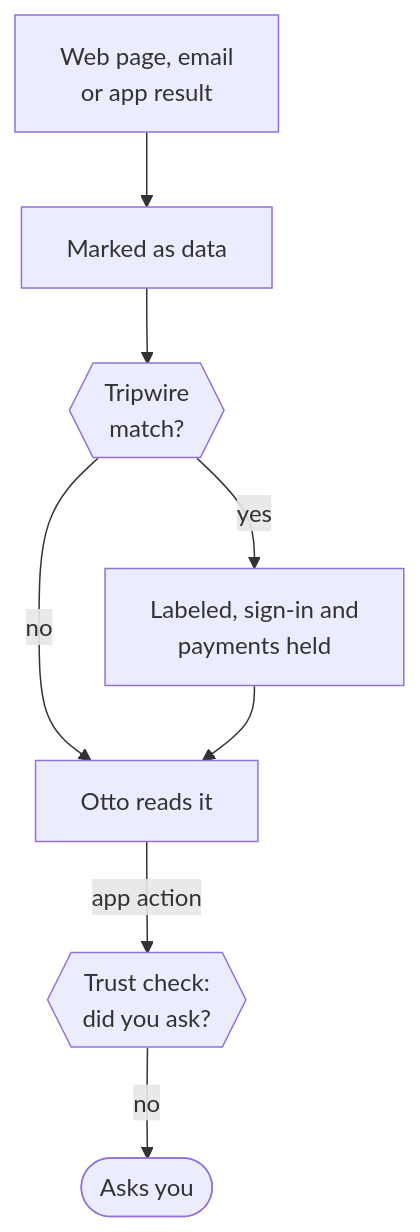
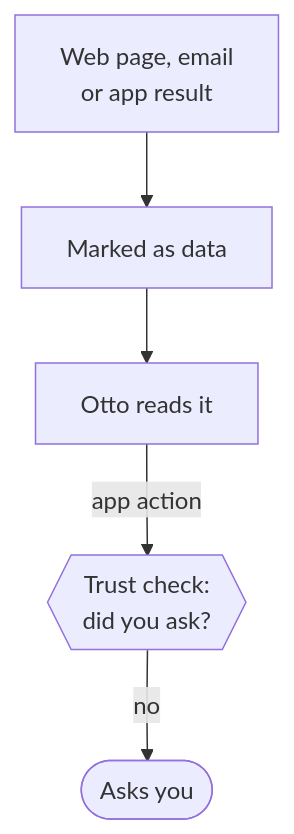
One commit to KrishBhimani/nod changed the diagram in docs/src/content/docs/trust/untrusted-content.md. Above: the diagram before and after it, drawn with Mermaid. The commit also changed other lines of this file and 107 other files, not shown here.

````diff
--- a/docs/src/content/docs/trust/untrusted-content.md
+++ b/docs/src/content/docs/trust/untrusted-content.md
@@ -41,10 +22,7 @@
 ```mermaid
 flowchart TD
   source[Web page, email<br/>or app result] --> wrap[Marked as data]
-  wrap --> trip{{Tripwire<br/>match?}}
-  trip -- no --> model[Otto reads it]
-  trip -- yes --> flag[Labeled, sign-in and<br/>payments held]:::stop
-  flag --> model
+  wrap --> model[Otto reads it]
   model -- app action --> check{{Trust check:<br/>did you ask?}}:::accent
   check -- no --> you([Asks you]):::accent
 ```
````
